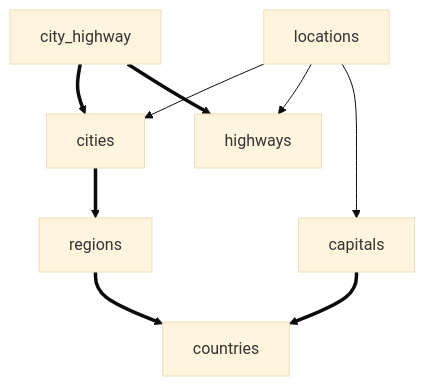
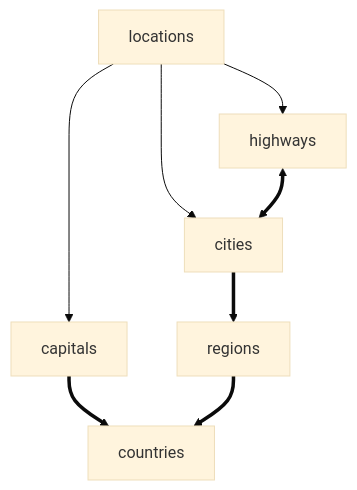
One commit to schenke-io/laravel-relation-manager changed the diagram in workbench/docs/relations.md. Above: the diagram before and after it, drawn with Mermaid (base theme). The commit also changed 8 other files, not shown here.

Commit message:
simplify diagrams

````diff
--- a/workbench/docs/relations.md
+++ b/workbench/docs/relations.md
@@ -25,12 +25,11 @@
 ```mermaid
 flowchart TD
-city_highway ==> cities
-city_highway ==> highways
 locations --> cities
 locations --> highways
 locations --> capitals
 cities ==> regions
+highways <==> cities
 capitals ==> countries
 regions ==> countries
 
 ```
````
